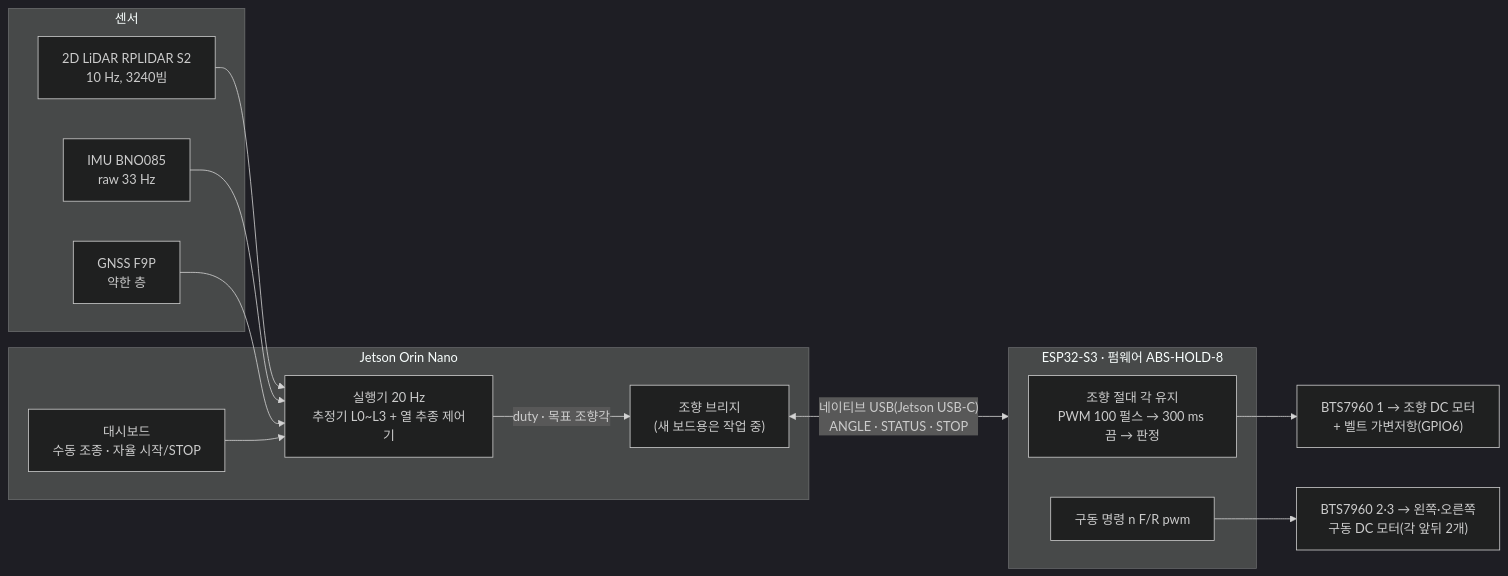
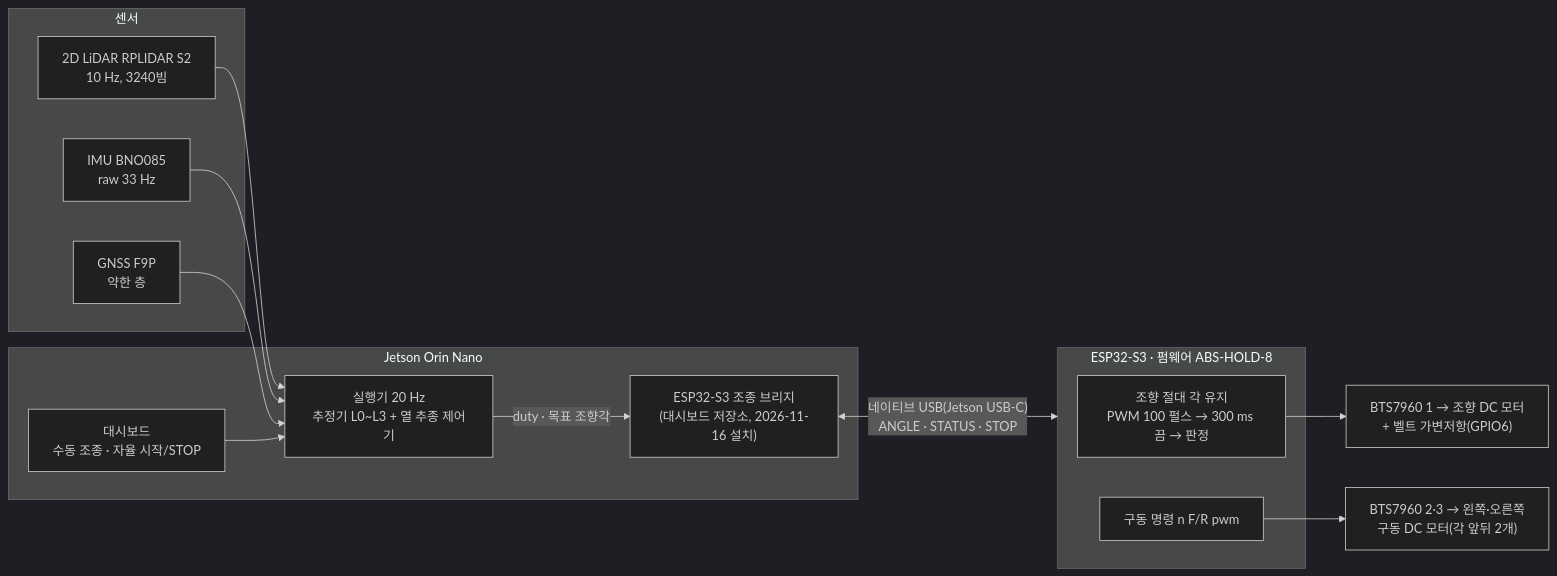
Before and after one commit to 2026-BTS-UNI-Car/unist_orchard_simulation: the first of 2 diagrams in README.md, drawn with Mermaid (dark theme). The commit also changed other lines of this file and 3 other files, not shown here.

````diff
--- a/README.md
+++ b/README.md
@@ -55,25 +55,25 @@
 ```mermaid
 flowchart LR
   subgraph SENS["센서"]
     LI["2D LiDAR RPLIDAR S2<br/>10 Hz, 3240빔"]
     IM["IMU BNO085<br/>raw 33 Hz"]
     GN["GNSS F9P<br/>약한 층"]
   end
   subgraph JET["Jetson Orin Nano"]
     EXE["실행기 20 Hz<br/>추정기 L0~L3 + 열 추종 제어기"]
-    BR["조향 브리지<br/>(새 보드용은 작업 중)"]
+    BR["ESP32-S3 조종 브리지<br/>(대시보드 저장소, 2026-11-16 설치)"]
     DB["대시보드<br/>수동 조종 · 자율 시작/STOP"]
   end
   subgraph ESP["ESP32-S3 · 펌웨어 ABS-HOLD-8"]
     SV["조향 절대 각 유지<br/>PWM 100 펄스 → 300 ms 끔 → 판정"]
     DR["구동 명령 n F/R pwm"]
   end
   LI --> EXE
   IM --> EXE
   GN --> EXE
   DB --> EXE
   EXE -->|"duty · 목표 조향각"| BR
   BR <-->|"네이티브 USB(Jetson USB-C)<br/>ANGLE · STATUS · STOP"| ESP
   SV --> SM["BTS7960 1 → 조향 DC 모터<br/>+ 벨트 가변저항(GPIO6)"]
   DR --> DM["BTS7960 2·3 → 왼쪽·오른쪽<br/>구동 DC 모터(각 앞뒤 2개)"]
 ```
````
